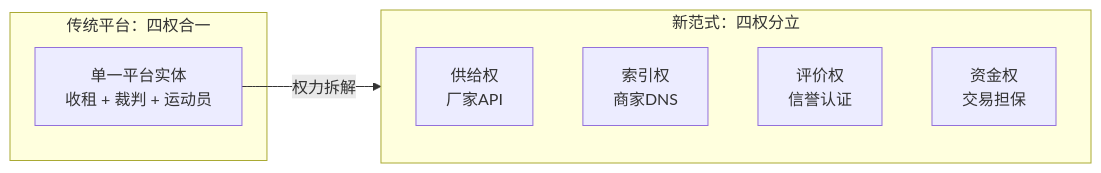
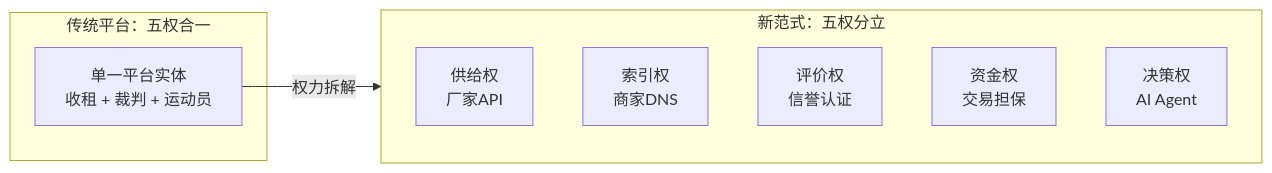
One commit to kaicen-x/ai-shopping-paradigm changed the first of 4 diagrams in 中文简体/02-核心架构与角色.md. Above: the diagram before and after it, drawn with Mermaid. The commit also changed other lines of this file and 15 other files, not shown here.

````diff
--- a/中文简体/02-核心架构与角色.md
+++ b/中文简体/02-核心架构与角色.md
@@ -26,15 +27,16 @@
 ```mermaid
 graph LR
-    subgraph OLD["传统平台：四权合一"]
+    subgraph OLD["传统平台：五权合一"]
         O[单一平台实体<br/>收租 + 裁判 + 运动员]
     end
 
-    subgraph NEW["新范式：四权分立"]
+    subgraph NEW["新范式：五权分立"]
         N1[供给权<br/>厂家API]
         N2[索引权<br/>商家DNS]
         N3[评价权<br/>信誉认证]
         N4[资金权<br/>交易担保]
+        N5[决策权<br/>AI Agent]
     end
 
     O -->|权力拆解| NEW
 ```
````
